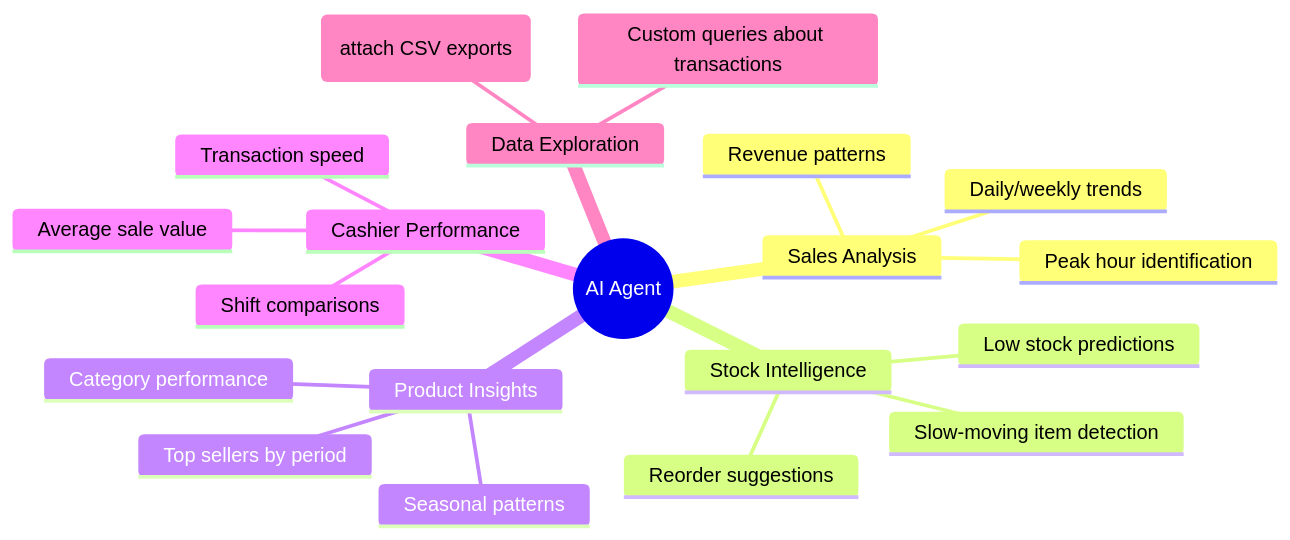
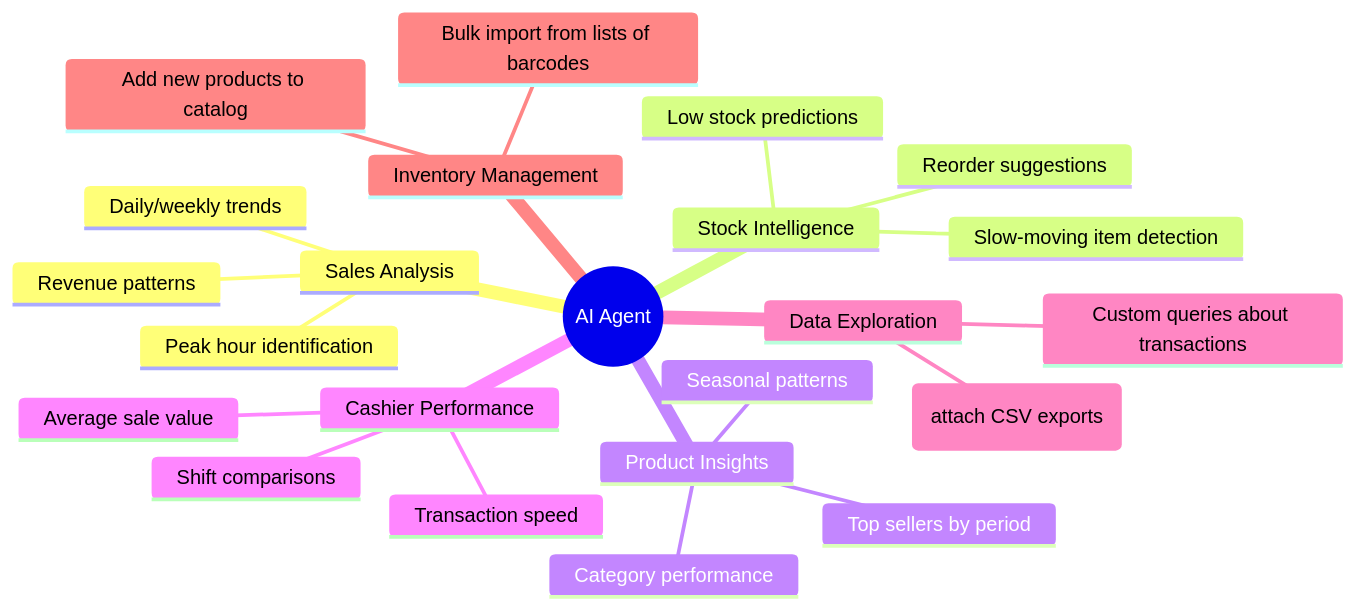
The third of 3 diagrams in docs/08-ai-analytics.md (BootlegYouki/at-iba-pa-pos), drawn with Mermaid before and after one commit.

Commit message:
updated 08

````diff
--- a/docs/08-ai-analytics.md
+++ b/docs/08-ai-analytics.md
@@ -157,23 +157,26 @@
 ```mermaid
 mindmap
     root((AI Agent))
         Sales Analysis
             Daily/weekly trends
             Revenue patterns
             Peak hour identification
         Stock Intelligence
             Low stock predictions
             Reorder suggestions
             Slow-moving item detection
         Product Insights
             Top sellers by period
             Category performance
             Seasonal patterns
         Cashier Performance
             Transaction speed
             Average sale value
             Shift comparisons
         Data Exploration
             Custom queries about transactions
             File analysis (attach CSV exports)
+        Inventory Management
+            Add new products to catalog
+            Bulk import from lists of barcodes
 ```
````
